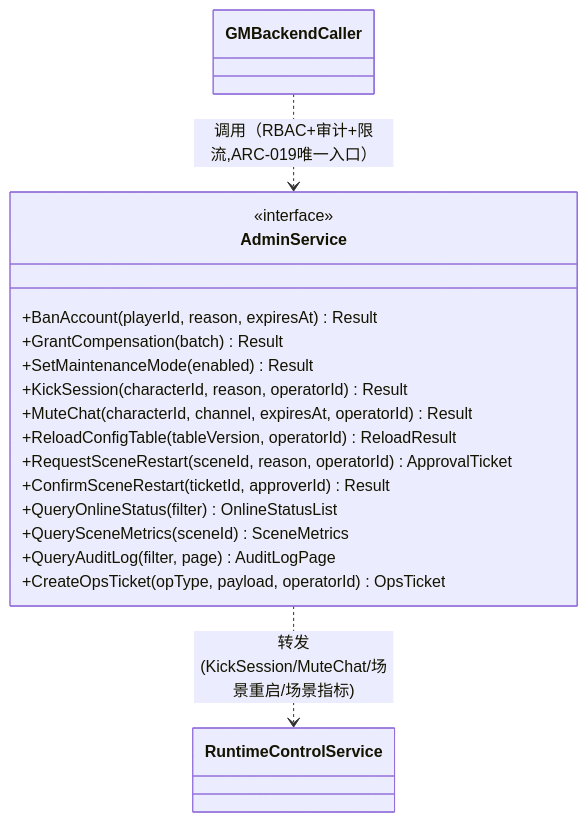
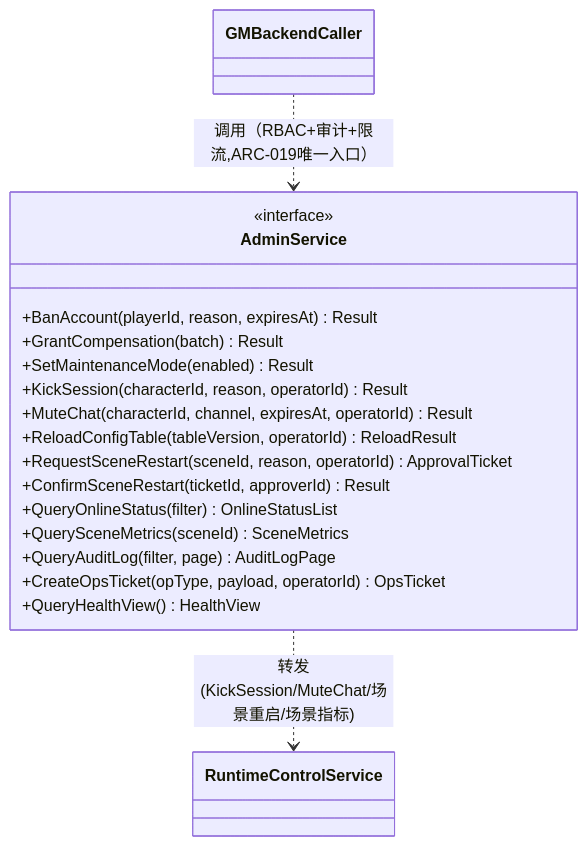
Before and after one commit to UlyssesLeoLee/RustGameServer: the second of 5 diagrams in docs/02-运维安全与网络/RGS-BAS-003_运维与GM后台管控_基本设计书.md, drawn with Mermaid. The commit also changed other lines of this file and 6 other files, not shown here.

````diff
--- a/docs/02-运维安全与网络/RGS-BAS-003_运维与GM后台管控_基本设计书.md
+++ b/docs/02-运维安全与网络/RGS-BAS-003_运维与GM后台管控_基本设计书.md
@@ -115,20 +116,21 @@
 ```mermaid
 classDiagram
     class AdminService {
         <<interface>>
         +BanAccount(playerId, reason, expiresAt) Result
         +GrantCompensation(batch) Result
         +SetMaintenanceMode(enabled) Result
         +KickSession(characterId, reason, operatorId) Result
         +MuteChat(characterId, channel, expiresAt, operatorId) Result
         +ReloadConfigTable(tableVersion, operatorId) ReloadResult
         +RequestSceneRestart(sceneId, reason, operatorId) ApprovalTicket
         +ConfirmSceneRestart(ticketId, approverId) Result
         +QueryOnlineStatus(filter) OnlineStatusList
         +QuerySceneMetrics(sceneId) SceneMetrics
         +QueryAuditLog(filter, page) AuditLogPage
         +CreateOpsTicket(opType, payload, operatorId) OpsTicket
+        +QueryHealthView() HealthView
     }
     GMBackendCaller ..> AdminService : 调用（RBAC+审计+限流,ARC-019唯一入口）
     AdminService ..> RuntimeControlService : 转发(KickSession/MuteChat/场景重启/场景指标)
 ```
````
